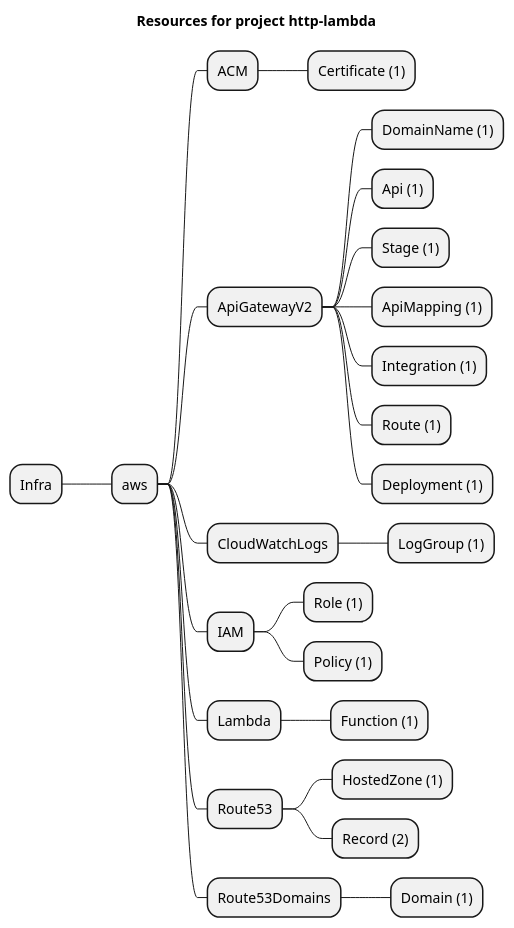
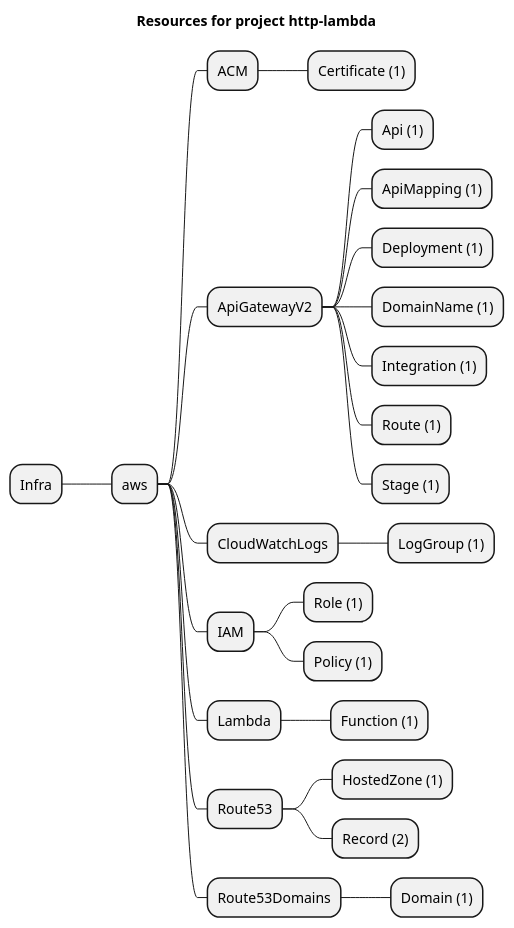
One commit to grucloud/grucloud changed the diagram in examples/aws/ApiGatewayV2/http-lambda/artifacts/resources-mindmap.puml. Above: the diagram before and after it, drawn with PlantUML. The commit also changed other lines of this file and 44 other files, not shown here.

```diff
--- a/examples/aws/ApiGatewayV2/http-lambda/artifacts/resources-mindmap.puml
+++ b/examples/aws/ApiGatewayV2/http-lambda/artifacts/resources-mindmap.puml
@@ -1,28 +1,28 @@
 @startmindmap
 title Resources for project http-lambda
 skinparam monochrome true
 + Infra
 ++ aws
 +++ ACM
 ++++ Certificate (1)
 +++ ApiGatewayV2
+++++ Api (1)
+++++ ApiMapping (1)
+++++ Deployment (1)
 ++++ DomainName (1)
-++++ Api (1)
-++++ Stage (1)
-++++ ApiMapping (1)
 ++++ Integration (1)
 ++++ Route (1)
-++++ Deployment (1)
+++++ Stage (1)
 +++ CloudWatchLogs
 ++++ LogGroup (1)
 +++ IAM
 ++++ Role (1)
 ++++ Policy (1)
 +++ Lambda
 ++++ Function (1)
 +++ Route53
 ++++ HostedZone (1)
 ++++ Record (2)
 +++ Route53Domains
 ++++ Domain (1)
 @endmindmap
```
